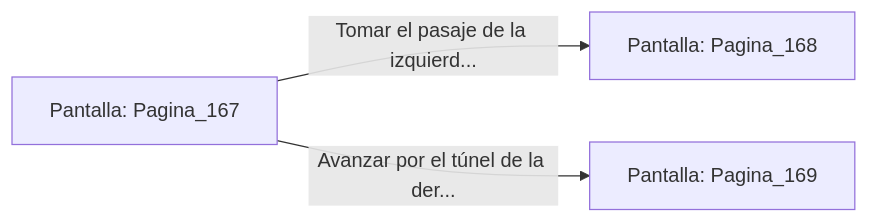
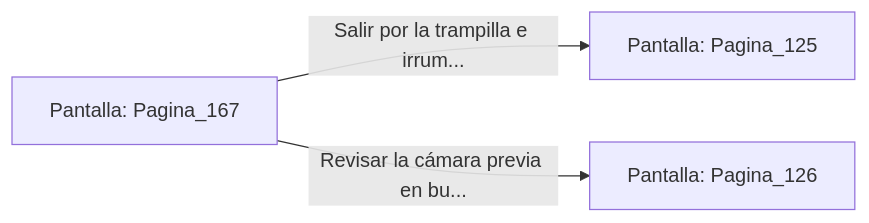
The diagram in sample/eligejuego-vault/Pantalla_Pagina_167.md (metsuke/mpl), drawn with Mermaid before and after one commit. The commit also changed other lines of this file and 635 other files, not shown here.

First line of the commit message:
fix: añadir Pagina_1 como pantalla inicial en capitulo_01.mpl

````diff
--- a/sample/eligejuego-vault/Pantalla_Pagina_167.md
+++ b/sample/eligejuego-vault/Pantalla_Pagina_167.md
@@ -20,6 +24,6 @@
 ```mermaid
 graph LR
     P_Pagina_167["Pantalla: Pagina_167"]
-    P_Pagina_167 -->|"Tomar el pasaje de la izquierd..."| P_Pagina_168["Pantalla: Pagina_168"]
-    P_Pagina_167 -->|"Avanzar por el túnel de la der..."| P_Pagina_169["Pantalla: Pagina_169"]
+    P_Pagina_167 -->|"Salir por la trampilla e irrum..."| P_Pagina_125["Pantalla: Pagina_125"]
+    P_Pagina_167 -->|"Revisar la cámara previa en bu..."| P_Pagina_126["Pantalla: Pagina_126"]
 ```
````
